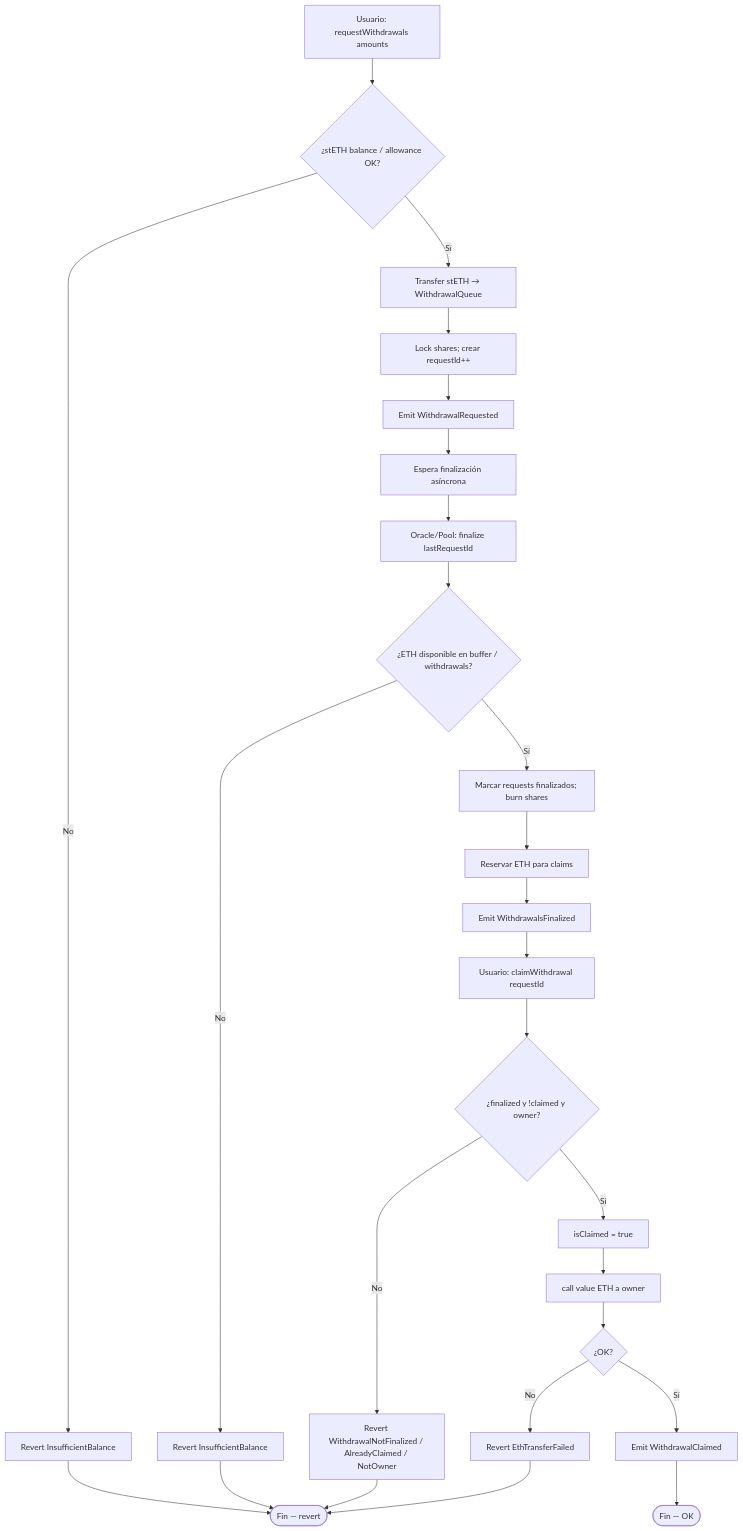
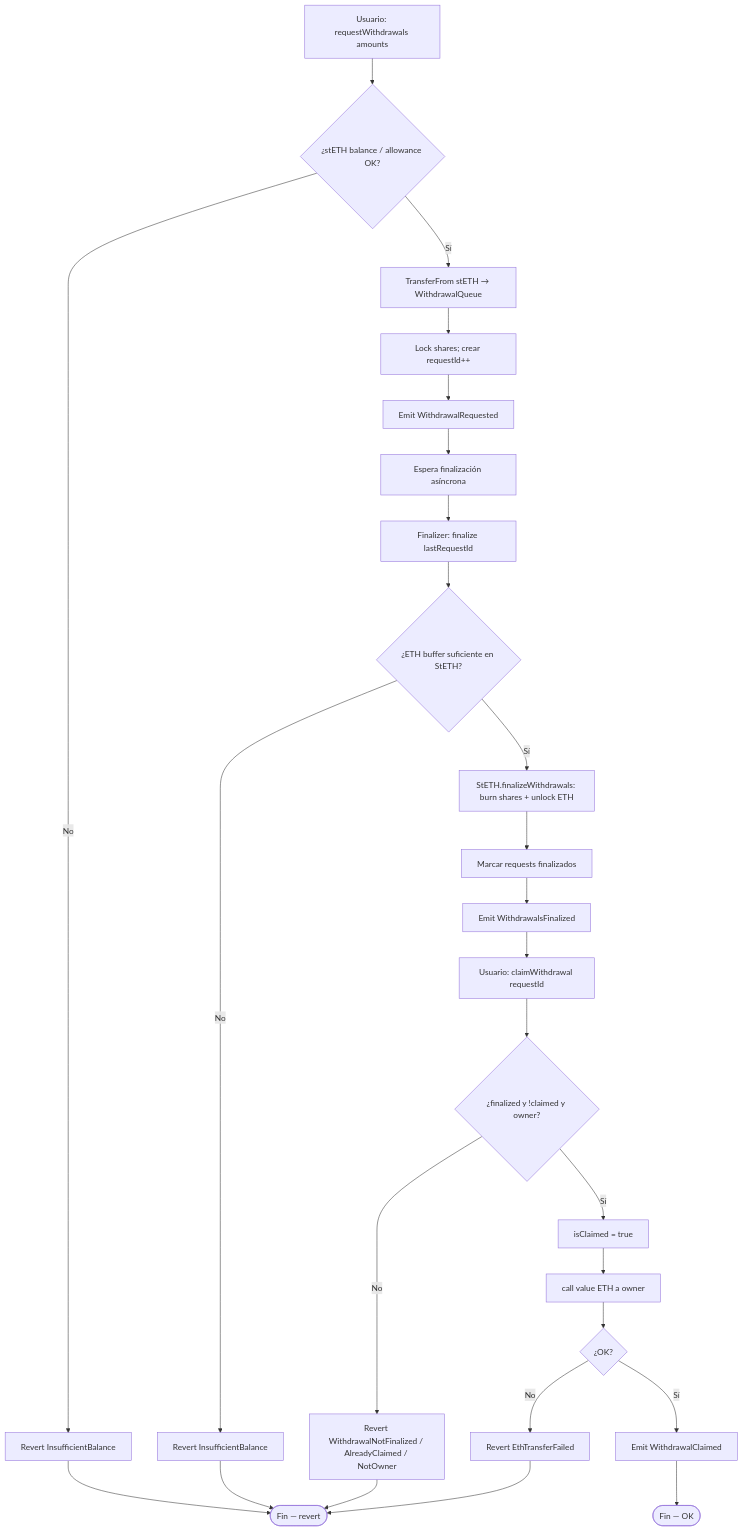
The fifth of 6 diagrams in doc/diagrama-de-flujo.md (rastrahm/liquid-staking-protocol), drawn with Mermaid before and after one commit. The commit also changed other lines of this file and 12 other files, not shown here.

````diff
--- a/doc/diagrama-de-flujo.md
+++ b/doc/diagrama-de-flujo.md
@@ -106,30 +107,30 @@
 ```mermaid
 flowchart TD
     A[Usuario: requestWithdrawals amounts] --> B{¿stETH balance / allowance OK?}
     B -->|No| Z0[Revert InsufficientBalance]
-    B -->|Sí| C[Transfer stETH → WithdrawalQueue]
+    B -->|Sí| C[TransferFrom stETH → WithdrawalQueue]
     C --> D[Lock shares; crear requestId++]
     D --> E[Emit WithdrawalRequested]
     E --> Wait[Espera finalización asíncrona]
 
-    Wait --> F[Oracle/Pool: finalize lastRequestId]
-    F --> G{¿ETH disponible en buffer / withdrawals?}
+    Wait --> F[Finalizer: finalize lastRequestId]
+    F --> G{¿ETH buffer suficiente en StETH?}
     G -->|No| Z1[Revert InsufficientBalance]
-    G -->|Sí| H[Marcar requests finalizados; burn shares]
-    H --> I[Reservar ETH para claims]
+    G -->|Sí| H[StETH.finalizeWithdrawals: burn shares + unlock ETH]
+    H --> I[Marcar requests finalizados]
     I --> J[Emit WithdrawalsFinalized]
 
     J --> K[Usuario: claimWithdrawal requestId]
     K --> L{¿finalized y !claimed y owner?}
     L -->|No| Z2[Revert WithdrawalNotFinalized / AlreadyClaimed / NotOwner]
     L -->|Sí| M[isClaimed = true]
     M --> N[call value ETH a owner]
     N --> O{¿OK?}
     O -->|No| Z3[Revert EthTransferFailed]
     O -->|Sí| P[Emit WithdrawalClaimed]
     P --> Ok([Fin — OK])
     Z0 --> End([Fin — revert])
     Z1 --> End
     Z2 --> End
     Z3 --> End
 ```
````
